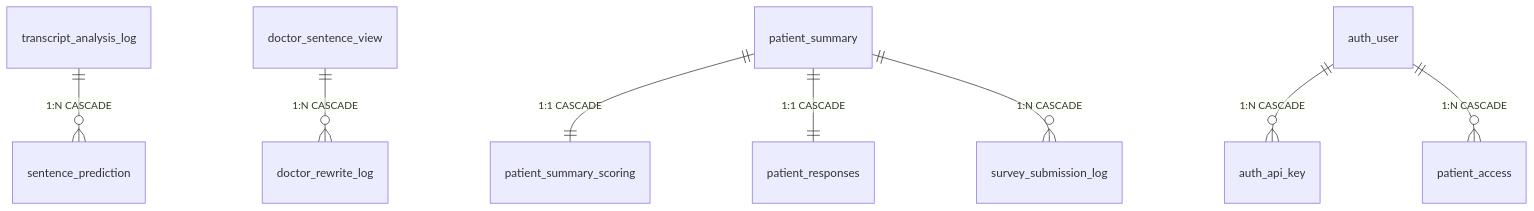
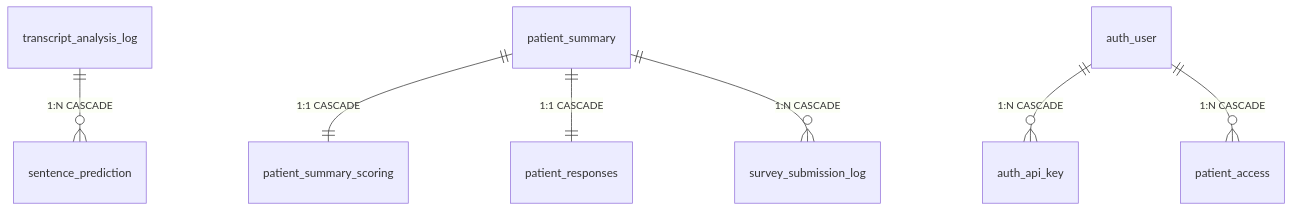
One commit to HyunjunA/Prostate_cancer_consultation changed the diagram in docs/architecture/DATABASE_SCHEMA.md. Above: the diagram before and after it, drawn with Mermaid. The commit also changed other lines of this file and 18 other files, not shown here.

````diff
--- a/docs/architecture/DATABASE_SCHEMA.md
+++ b/docs/architecture/DATABASE_SCHEMA.md
@@ -86,10 +86,9 @@
 ```mermaid
 erDiagram
     transcript_analysis_log ||--o{ sentence_prediction : "1:N CASCADE"
-    doctor_sentence_view ||--o{ doctor_rewrite_log : "1:N CASCADE"
     patient_summary ||--|| patient_summary_scoring : "1:1 CASCADE"
     patient_summary ||--|| patient_responses : "1:1 CASCADE"
     patient_summary ||--o{ survey_submission_log : "1:N CASCADE"
     auth_user ||--o{ auth_api_key : "1:N CASCADE"
     auth_user ||--o{ patient_access : "1:N CASCADE"
 ```
````
